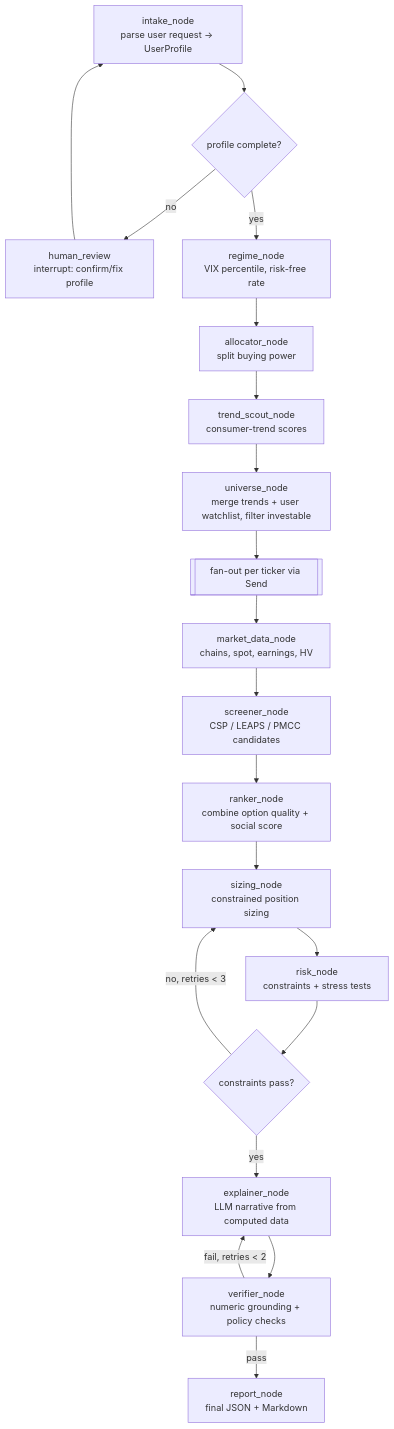
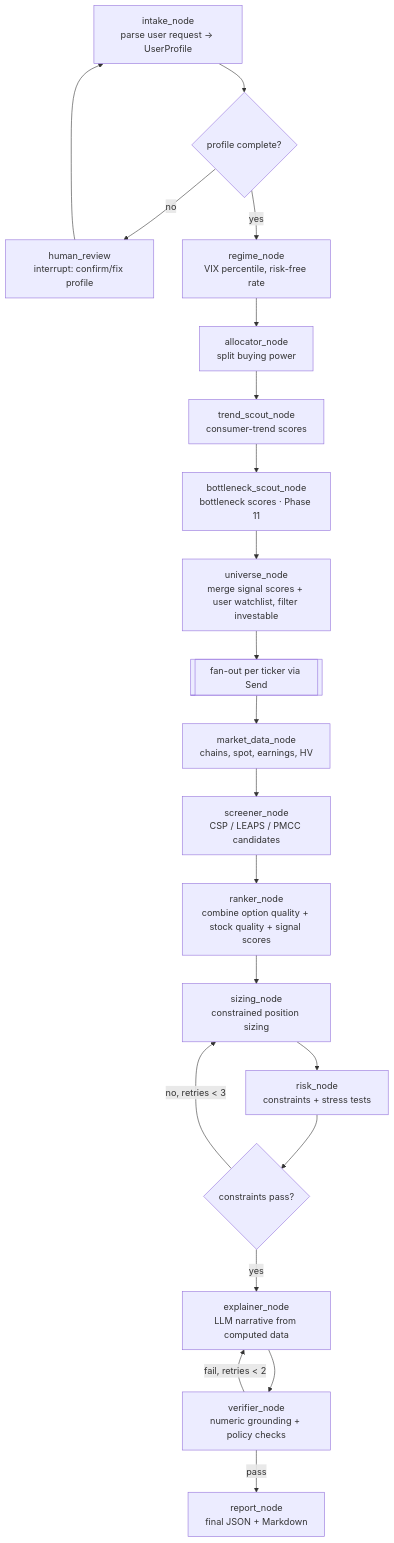
One commit to SachiK0thari/options-scout-ai changed the second of 2 diagrams in PRD.md. Above: the diagram before and after it, drawn with Mermaid. The commit also changed other lines of this file and 39 other files, not shown here.

Commit message:
split the Streamlit app into eight tabs with Plotly charts and a Scout chat

````diff
--- a/PRD.md
+++ b/PRD.md
@@ -307,22 +480,23 @@
 ```mermaid
 flowchart TD
     A[intake_node<br/>parse user request → UserProfile] --> B{profile complete?}
     B -- no --> H[human_review<br/>interrupt: confirm/fix profile]
     H --> A
     B -- yes --> C[regime_node<br/>VIX percentile, risk-free rate]
     C --> D[allocator_node<br/>split buying power]
     D --> E[trend_scout_node<br/>consumer-trend scores]
-    E --> F[universe_node<br/>merge trends + user watchlist, filter investable]
+    E --> E2[bottleneck_scout_node<br/>bottleneck scores · Phase 11]
+    E2 --> F[universe_node<br/>merge signal scores + user watchlist, filter investable]
     F --> G[[fan-out per ticker via Send]]
     G --> I[market_data_node<br/>chains, spot, earnings, HV]
     I --> J[screener_node<br/>CSP / LEAPS / PMCC candidates]
-    J --> K[ranker_node<br/>combine option quality + social score]
+    J --> K[ranker_node<br/>combine option quality + stock quality + signal scores]
     K --> L[sizing_node<br/>constrained position sizing]
     L --> M[risk_node<br/>constraints + stress tests]
     M --> N{constraints pass?}
     N -- no, retries < 3 --> L
     N -- yes --> O[explainer_node<br/>LLM narrative from computed data]
     O --> P[verifier_node<br/>numeric grounding + policy checks]
     P -- fail, retries < 2 --> O
     P -- pass --> Q[report_node<br/>final JSON + Markdown]
 ```
````
